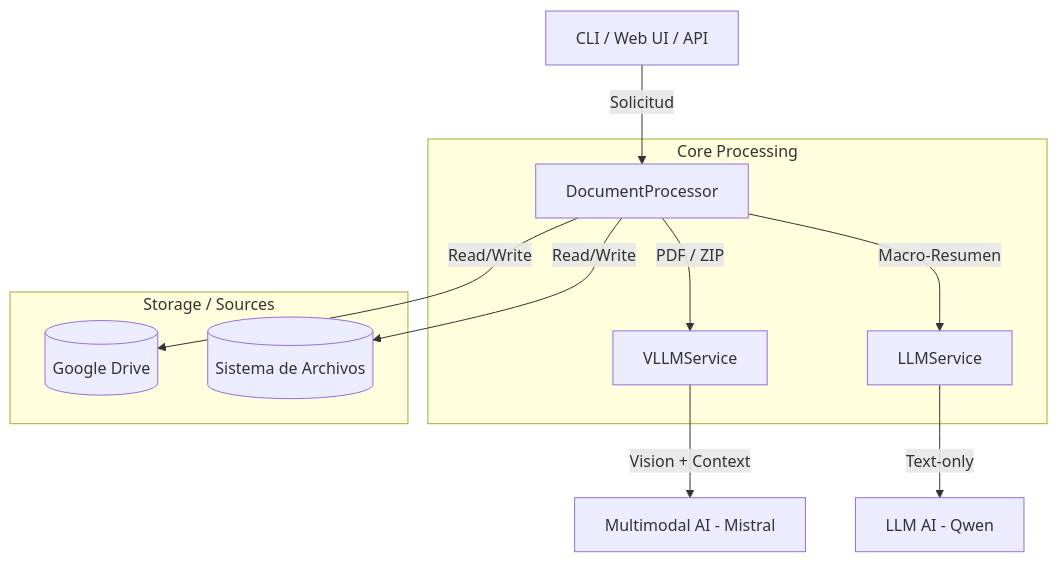
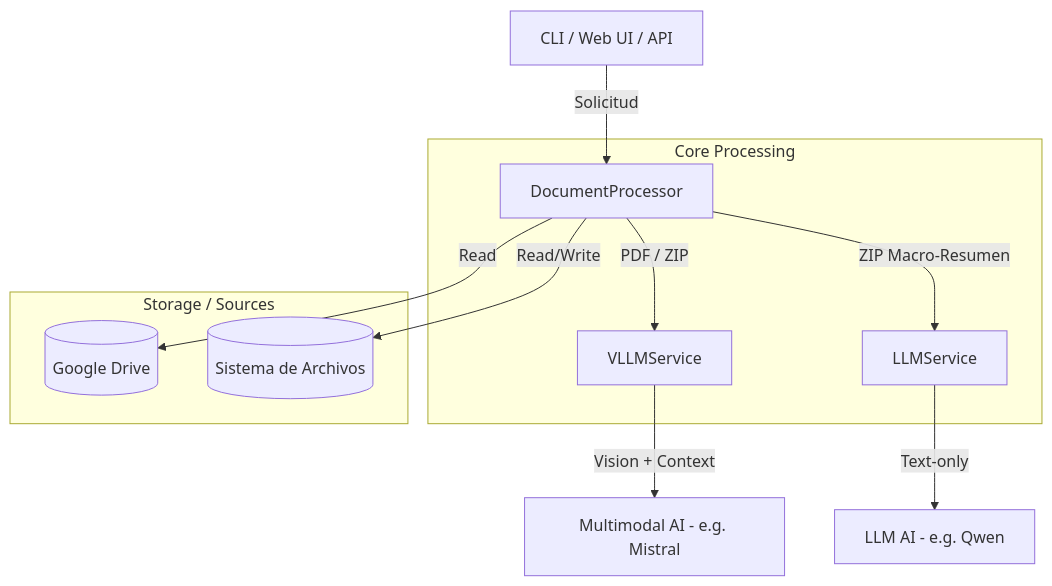
Before and after one commit to alejandro-garnung-ctic/summarizer: the diagram in README.md, drawn with Mermaid. The commit also changed other lines of this file and 5 other files, not shown here.

````diff
--- a/README.md
+++ b/README.md
@@ -18,17 +18,17 @@
 ```mermaid
 graph TD
     Client[CLI / Web UI / API] -->|Solicitud| Processor[DocumentProcessor]
     
     subgraph "Core Processing"
     Processor -->|PDF / ZIP| VLLM[VLLMService]
-    Processor -->|Macro-Resumen| LLM[LLMService]
+    Processor -->|ZIP Macro-Resumen| LLM[LLMService]
     end
     
-    VLLM -->|Vision + Context| AI[Multimodal AI - Mistral]
-    LLM -->|Text-only| AI_Text[LLM AI - Qwen]
+    VLLM -->|Vision + Context| AI[Multimodal AI - e.g. Mistral]
+    LLM -->|Text-only| AI_Text[LLM AI - e.g. Qwen]
     
     subgraph "Storage / Sources"
-    Processor -->|Read/Write| GDrive[(Google Drive)]
+    Processor -->|Read| GDrive[(Google Drive)]
     Processor -->|Read/Write| Local[(Sistema de Archivos)]
     end
 ```
````
